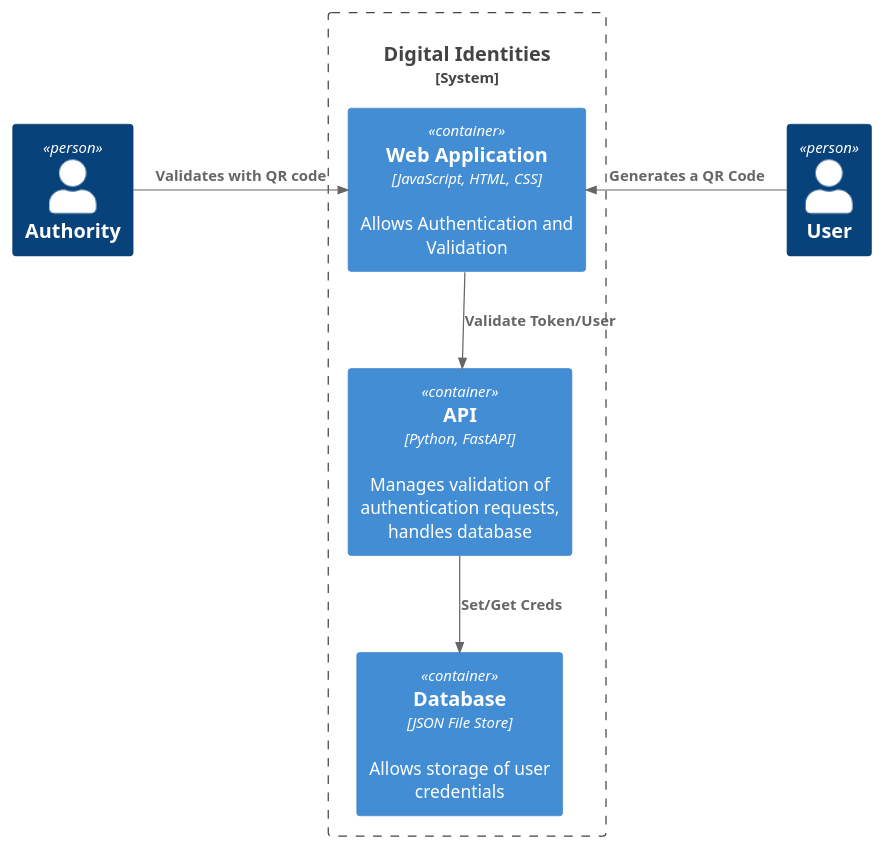
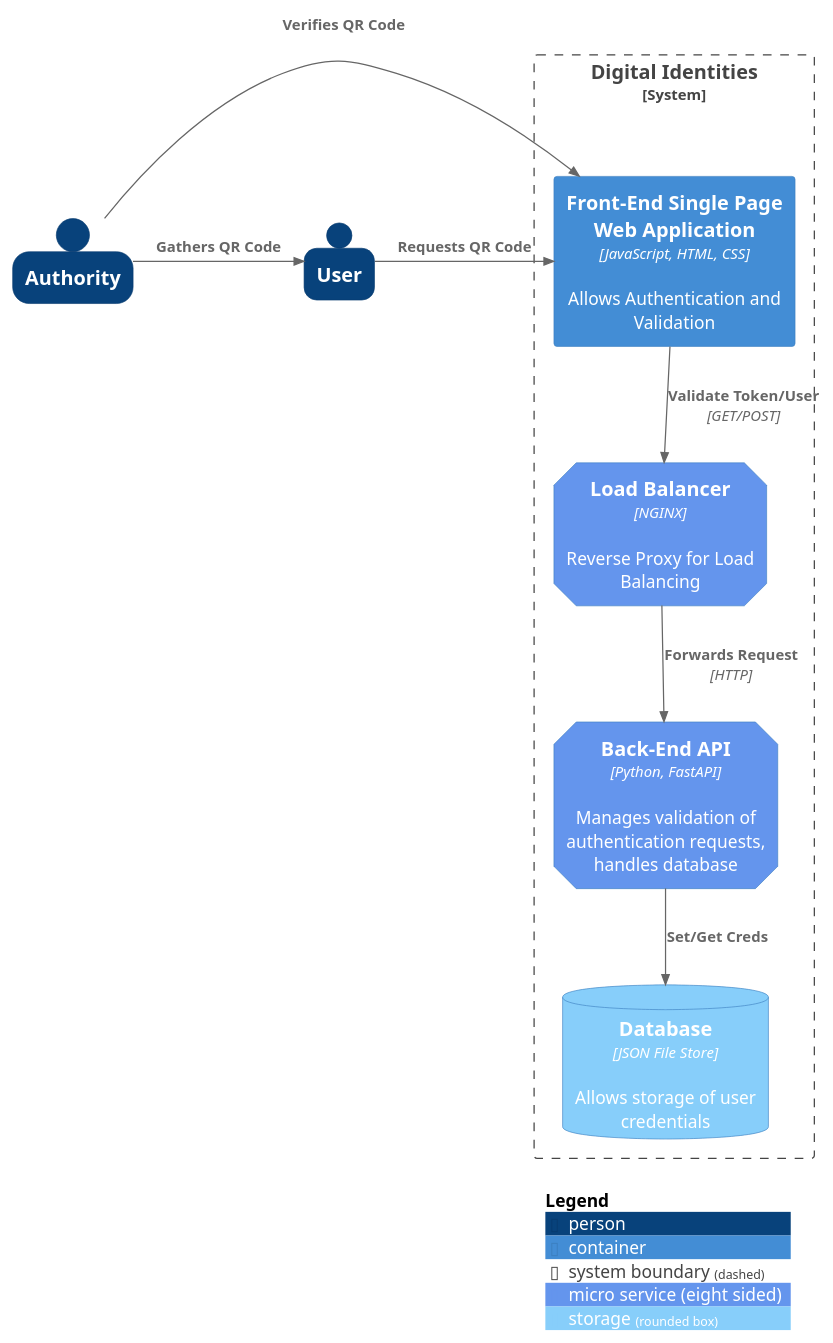
The diagram in documents/diagrams/puml/context.puml (ju-juu/digital_identities), drawn with PlantUML before and after one commit. The commit also changed 1 other file, not shown here.

Commit message:
Updated Context Diagram to include reverse proxy

```diff
--- a/documents/diagrams/puml/context.puml
+++ b/documents/diagrams/puml/context.puml
@@ -1,17 +1,27 @@
 @startuml
 !include https://raw.githubusercontent.com/plantuml-stdlib/C4-PlantUML/master/C4_Container.puml
+
+AddElementTag("microService", $shape=EightSidedShape(), $bgColor="CornflowerBlue", $fontColor="white", $legendText="micro service (eight sided)")
+AddElementTag("storage", $shape=RoundedBoxShape(), $bgColor="lightSkyBlue", $fontColor="white")
+
+SHOW_PERSON_OUTLINE()
 
 Person(authority, "Authority")
 Person(user, "User")
 
 System_Boundary(c1, "Digital Identities") {
-    Container(web_app, "Web Application", "JavaScript, HTML, CSS", "Allows Authentication and Validation")
-    Container(api, "API", "Python, FastAPI", "Manages validation of authentication requests, handles database")
-    Container(database, "Database", "JSON File Store", "Allows storage of user credentials")
+    Container(web_app, "Front-End Single Page Web Application", "JavaScript, HTML, CSS", "Allows Authentication and Validation")
+    Container(api, "Back-End API", "Python, FastAPI", "Manages validation of authentication requests, handles database", $tags="microService")
+    Container(nginx, "Load Balancer", "NGINX", "Reverse Proxy for Load Balancing", $tags="microService")
+    ContainerDb(database, "Database", "JSON File Store", "Allows storage of user credentials", $tags="storage")
 }
 
-Rel_R(authority, web_app, "Validates with QR code")
-Rel_L(user, web_app, "Generates a QR Code")
-Rel(web_app, api, "Validate Token/User")
+Rel_R(authority, web_app, "Verifies QR Code")
+Rel_R(authority, user, "Gathers QR Code")
+Rel_R(user, web_app, "Requests QR Code")
+Rel(web_app, nginx, "Validate Token/User", "GET/POST")
+Rel(nginx, api, "Forwards Request", "HTTP")
 Rel(api, database, "Set/Get Creds")
+
+SHOW_LEGEND()
 @enduml
```
